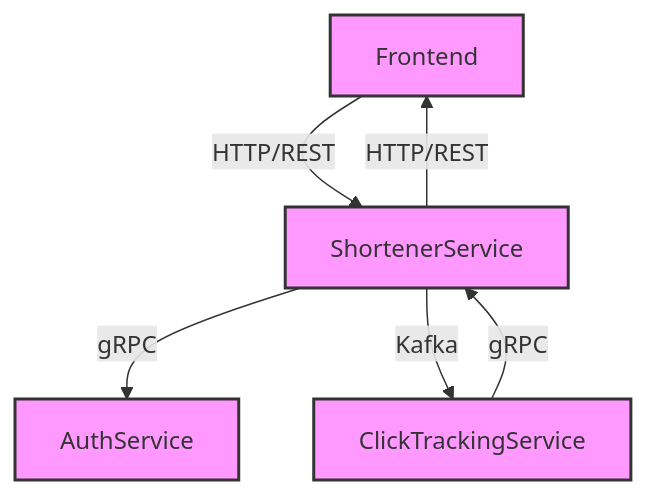
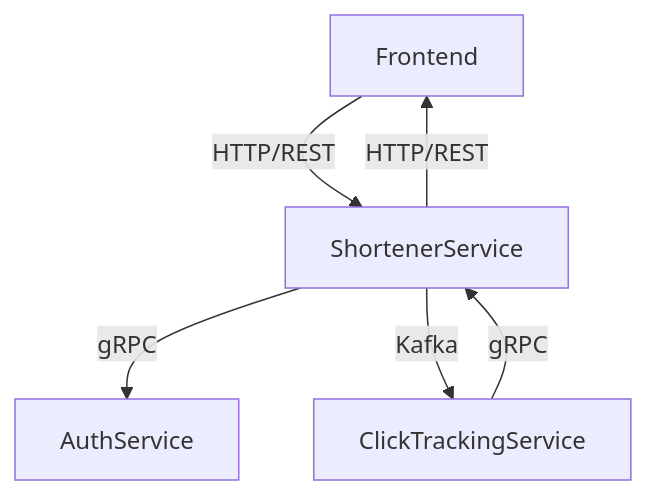
The diagram in README.md (Simoffsky/Url-Shortener), drawn with Mermaid before and after one commit.

````diff
--- a/README.md
+++ b/README.md
@@ -5,11 +5,8 @@
 ```mermaid
-graph TD;
+flowchart TD;
     Frontend -->|HTTP/REST| ShortenerService;
     ShortenerService -->|gRPC| AuthService;
     ShortenerService -->|Kafka| ClickTrackingService;
     ClickTrackingService -->|gRPC| ShortenerService;
     ShortenerService -->|HTTP/REST| Frontend;
-
-    classDef default fill:#f9f,stroke:#333,stroke-width:2px;
-    class Frontend,ShortenerService,AuthService,ClickTrackingService default;
 ```
````
